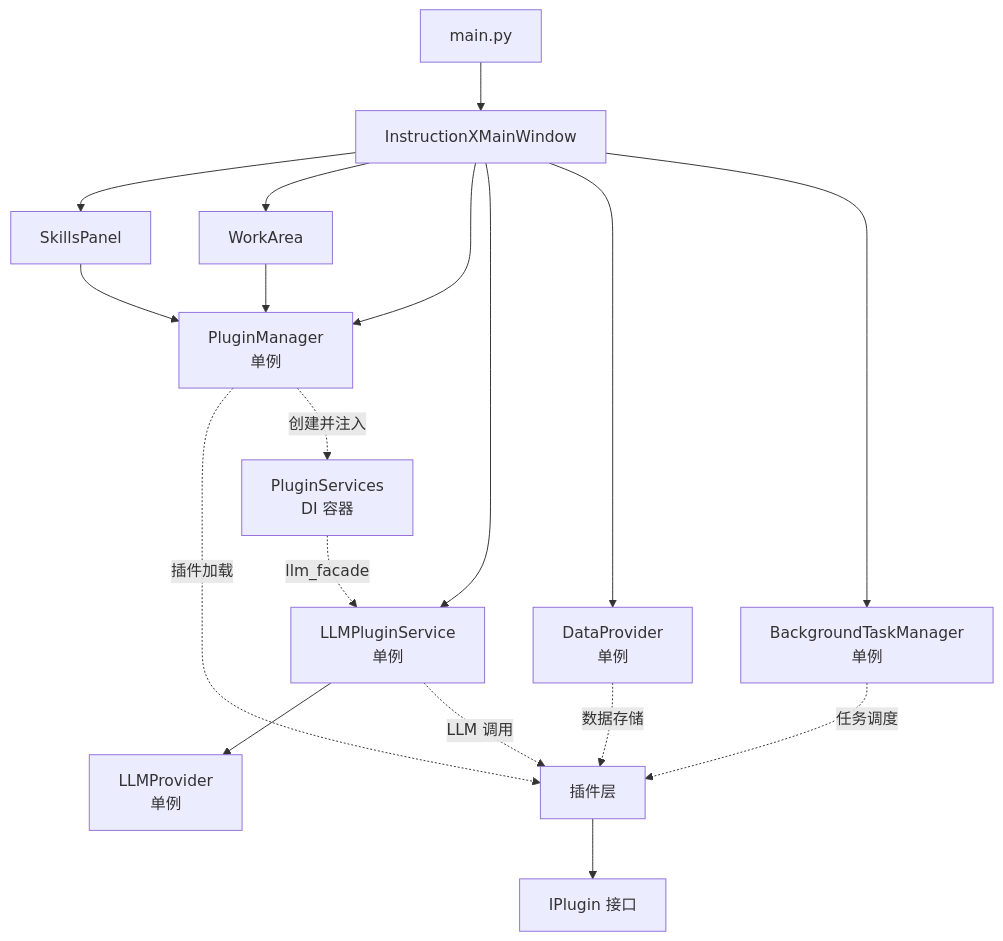
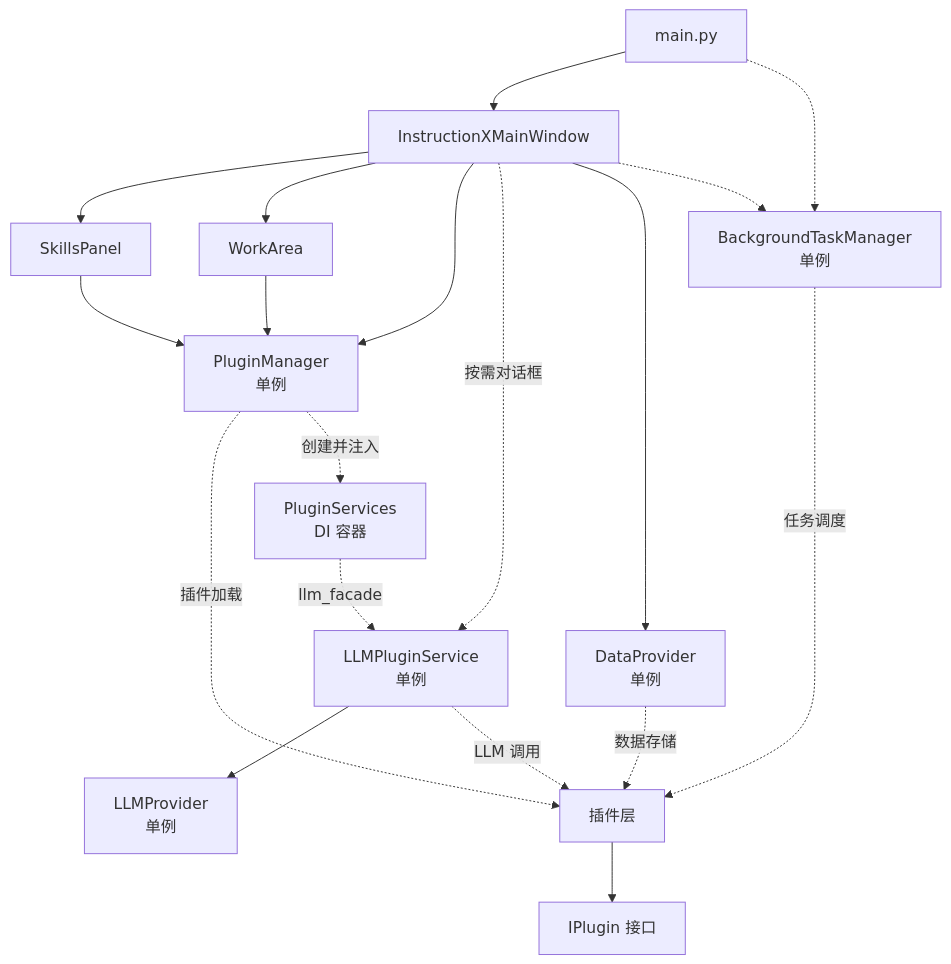
Before and after one commit to KKPIP-Tech/InstructionX: the fifth of 5 diagrams in docs/architecture/module-dependencies.md, drawn with Mermaid. The commit also changed other lines of this file and 2 other files, not shown here.

First line of the commit message:
docs(architecture): 同步架构文档以反映最新代码变更

````diff
--- a/docs/architecture/module-dependencies.md
+++ b/docs/architecture/module-dependencies.md
@@ -310,24 +323,25 @@
 ```mermaid
 graph TD
     MAIN[main.py] --> MW[InstructionXMainWindow]
+    MAIN[main.py] -.-> BTM[BackgroundTaskManager<br/>单例]
 
     MW --> SP[SkillsPanel]
     MW --> WA[WorkArea]
     MW --> PM[PluginManager<br/>单例]
-    MW --> LLMS[LLMPluginService<br/>单例]
+    MW -.->|按需对话框| LLMS[LLMPluginService<br/>单例]
     MW --> DP[DataProvider<br/>单例]
-    MW --> BTM[BackgroundTaskManager<br/>单例]
+    MW -.-> BTM
 
     SP --> PM
     WA --> PM
 
     PM -.->|插件加载| PL[插件层]
     PM -.->|创建并注入| PS[PluginServices<br/>DI 容器]
     PS -.->|llm_facade| LLMS
     DP -.->|数据存储| PL
     BTM -.->|任务调度| PL
     LLMS --> LLP[LLMProvider<br/>单例]
     LLMS -.->|LLM 调用| PL
 
     PL --> IPlugin[IPlugin 接口]
 ```
````
